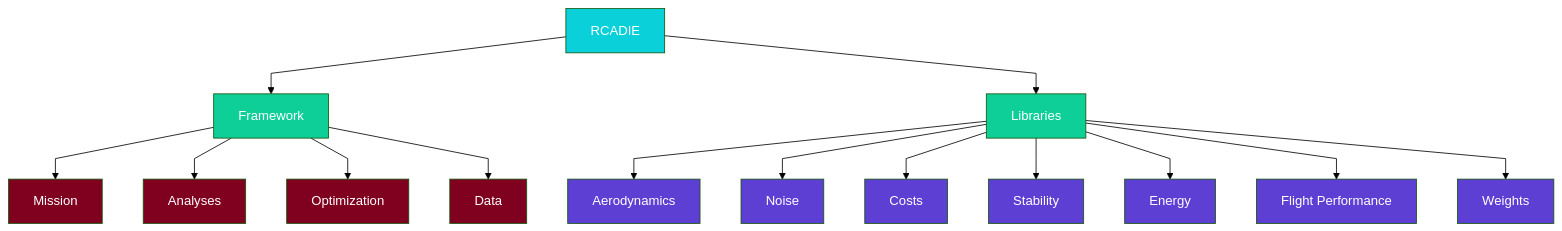
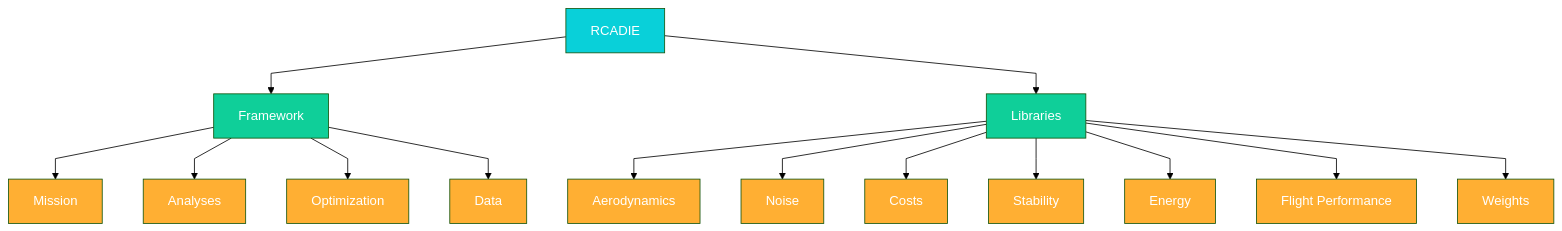
Before and after one commit to ssankalp26/RCAIDE_Deployment: the second of 2 diagrams in README.md, drawn with Mermaid (forest theme).

````diff
--- a/README.md
+++ b/README.md
@@ -46,41 +46,41 @@
 ```mermaid
 %%{init: {'flowchart': {'curve': 'linear', 'nodeSpacing': 50, 'rankSpacing': 50}}}%%
 flowchart TB
     RCADIE[RCADIE] --> Framework
     RCADIE --> Libraries
     
     %% Framework components
     Framework --> Mission
     Framework --> Analyses
     Framework --> Optimization
     Framework --> Data
     
     %% Library components
     Libraries --> Aerodynamics
     Libraries --> Noise
     Libraries --> Costs
     Libraries --> Stability
     Libraries --> Energy
     Libraries --> FlightPerf[Flight Performance]
     Libraries --> Weights
     
     %% Styling
     style RCADIE fill:#09d0d9,color:#fff
     style Framework fill:#0fcf99,color:#fff
     style Libraries fill:#0fcf99,color:#fff
     
     %% Framework children styling - Burgundy
-    style Mission fill:#800020,color:#fff
-    style Analyses fill:#800020,color:#fff
-    style Optimization fill:#800020,color:#fff
-    style Data fill:#800020,color:#fff
+    style Mission fill:#ffaf33,color:#fff
+    style Analyses fill:#ffaf33,color:#fff
+    style Optimization fill:#ffaf33,color:#fff
+    style Data fill:#ffaf33,color:#fff
     
     %% Libraries children styling - Purple
-    style Aerodynamics fill:#5D3FD3,color:#fff
-    style Noise fill:#5D3FD3,color:#fff
-    style Costs fill:#5D3FD3,color:#fff
-    style Stability fill:#5D3FD3,color:#fff
-    style Energy fill:#5D3FD3,color:#fff
-    style FlightPerf fill:#5D3FD3,color:#fff
-    style Weights fill:#5D3FD3,color:#fff
+    style Aerodynamics fill:#ffaf33,color:#fff
+    style Noise fill:#ffaf33,color:#fff
+    style Costs fill:#ffaf33,color:#fff
+    style Stability fill:#ffaf33,color:#fff
+    style Energy fill:#ffaf33,color:#fff
+    style FlightPerf fill:#ffaf33,color:#fff
+    style Weights fill:#ffaf33,color:#fff
 ```
````
